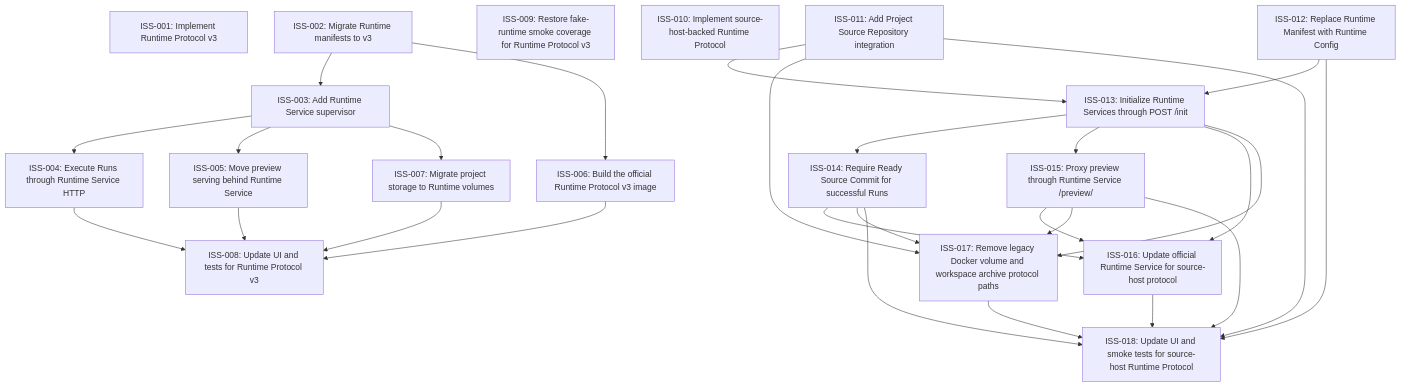
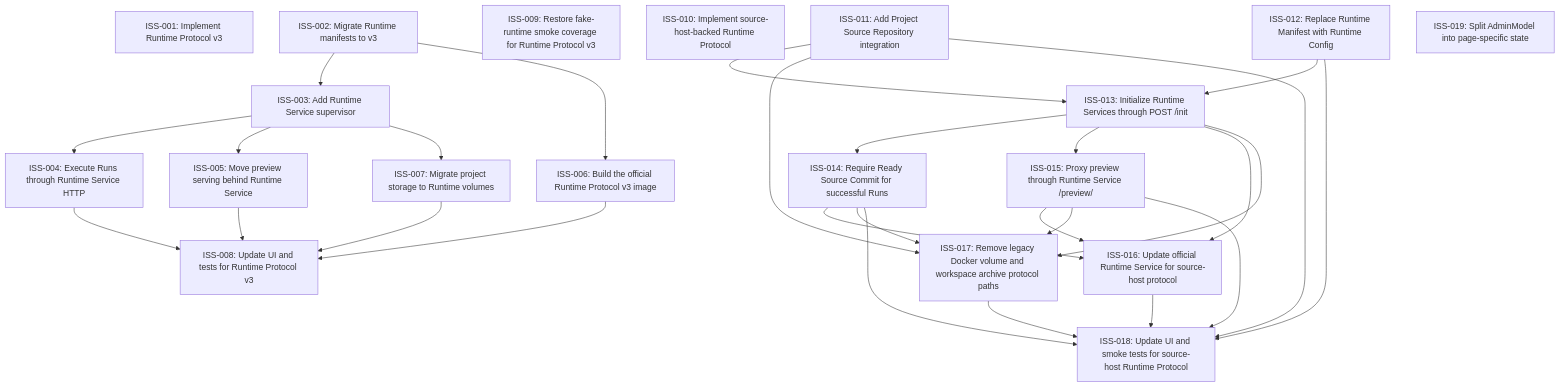
One commit to Milky2018/mooncraft changed the diagram in issues/README.md. Above: the diagram before and after it, drawn with Mermaid. The commit also changed other lines of this file and 28 other files, not shown here.

````diff
--- a/issues/README.md
+++ b/issues/README.md
@@ -29,47 +29,48 @@
 ```mermaid
 graph TD
   ISS_001["ISS-001: Implement Runtime Protocol v3"]
   ISS_002["ISS-002: Migrate Runtime manifests to v3"]
   ISS_003["ISS-003: Add Runtime Service supervisor"]
   ISS_004["ISS-004: Execute Runs through Runtime Service HTTP"]
   ISS_005["ISS-005: Move preview serving behind Runtime Service"]
   ISS_006["ISS-006: Build the official Runtime Protocol v3 image"]
   ISS_007["ISS-007: Migrate project storage to Runtime volumes"]
   ISS_008["ISS-008: Update UI and tests for Runtime Protocol v3"]
   ISS_009["ISS-009: Restore fake-runtime smoke coverage for Runtime Protocol v3"]
   ISS_010["ISS-010: Implement source-host-backed Runtime Protocol"]
   ISS_011["ISS-011: Add Project Source Repository integration"]
   ISS_012["ISS-012: Replace Runtime Manifest with Runtime Config"]
   ISS_013["ISS-013: Initialize Runtime Services through POST /init"]
   ISS_014["ISS-014: Require Ready Source Commit for successful Runs"]
   ISS_015["ISS-015: Proxy preview through Runtime Service /preview/"]
   ISS_016["ISS-016: Update official Runtime Service for source-host protocol"]
   ISS_017["ISS-017: Remove legacy Docker volume and workspace archive protocol paths"]
   ISS_018["ISS-018: Update UI and smoke tests for source-host Runtime Protocol"]
+  ISS_019["ISS-019: Split AdminModel into page-specific state"]
   ISS_002 --> ISS_003
   ISS_003 --> ISS_004
   ISS_003 --> ISS_005
   ISS_002 --> ISS_006
   ISS_003 --> ISS_007
   ISS_004 --> ISS_008
   ISS_005 --> ISS_008
   ISS_006 --> ISS_008
   ISS_007 --> ISS_008
   ISS_011 --> ISS_013
   ISS_012 --> ISS_013
   ISS_013 --> ISS_014
   ISS_013 --> ISS_015
   ISS_013 --> ISS_016
   ISS_014 --> ISS_016
   ISS_015 --> ISS_016
   ISS_011 --> ISS_017
   ISS_013 --> ISS_017
   ISS_014 --> ISS_017
   ISS_015 --> ISS_017
   ISS_011 --> ISS_018
   ISS_012 --> ISS_018
   ISS_014 --> ISS_018
   ISS_015 --> ISS_018
   ISS_016 --> ISS_018
   ISS_017 --> ISS_018
 ```
````
